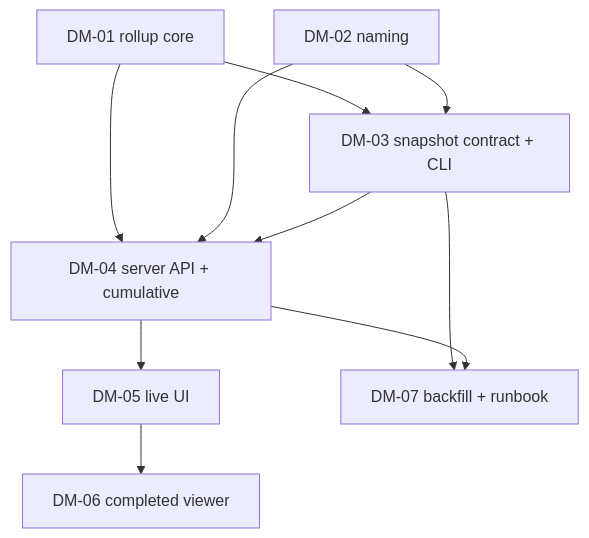
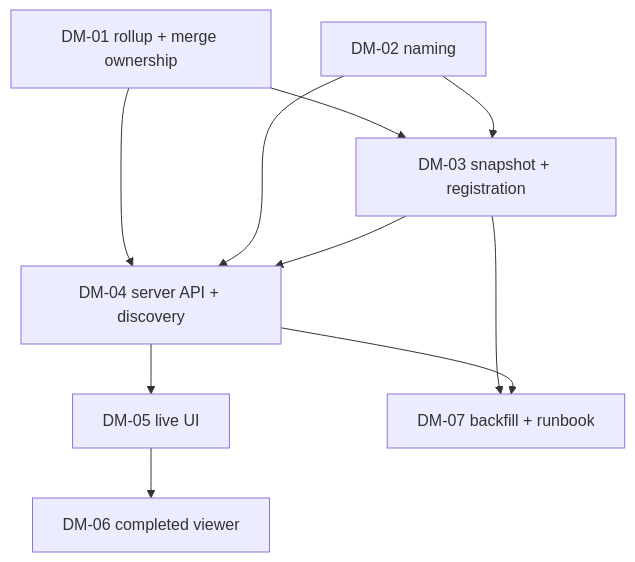
One commit to kzaslavsky/Harness_labs changed the diagram in docs/development/DASHBOARD_OBSERVABILITY_METRICS_PLAN.md. Above: the diagram before and after it, drawn with Mermaid. The commit also changed other lines of this file and 1 other file, not shown here.

````diff
--- a/docs/development/DASHBOARD_OBSERVABILITY_METRICS_PLAN.md
+++ b/docs/development/DASHBOARD_OBSERVABILITY_METRICS_PLAN.md
@@ -355,12 +565,12 @@
 ```mermaid
 graph TD
-  DM01[DM-01 rollup core] --> DM03[DM-03 snapshot contract + CLI]
+  DM01[DM-01 rollup + merge ownership] --> DM03[DM-03 snapshot + registration]
   DM02[DM-02 naming] --> DM03
-  DM01 --> DM04[DM-04 server API + cumulative]
+  DM01 --> DM04[DM-04 server API + discovery]
   DM02 --> DM04
   DM03 --> DM04
   DM04 --> DM05[DM-05 live UI]
   DM05 --> DM06[DM-06 completed viewer]
   DM03 --> DM07[DM-07 backfill + runbook]
   DM04 --> DM07
 ```
````
